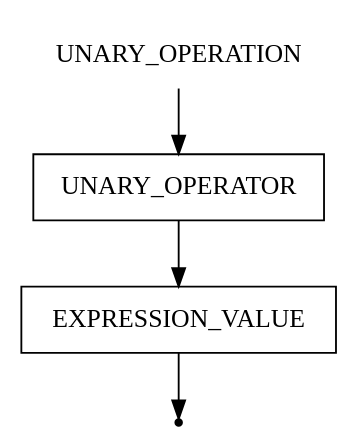
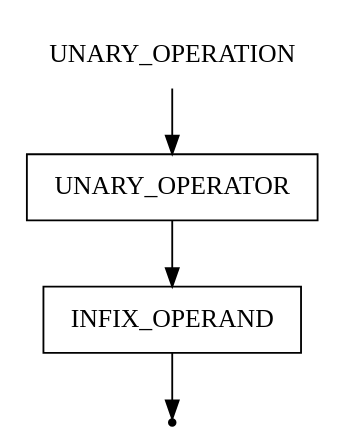
One commit to ayu-f/DSL_Pseudocode changed the diagram in pseudocode/unary_operation.gv. Above: the diagram before and after it, drawn with Graphviz. The commit also changed 15 other files, not shown here.

```diff
--- a/pseudocode/unary_operation.gv
+++ b/pseudocode/unary_operation.gv
@@ -1,10 +1,10 @@
 digraph UNARY_OPERATION {
     start [label=UNARY_OPERATION shape=plaintext]
     unary_operator [label=UNARY_OPERATOR shape=box]
-    expression_value [label=EXPRESSION_VALUE shape=box]
+    operand_infix [label=INFIX_OPERAND shape=box]
     end [label="" shape=point]
 
     start -> unary_operator
-    unary_operator -> expression_value
-    expression_value -> end
+    unary_operator -> operand_infix
+    operand_infix -> end
 }
```
